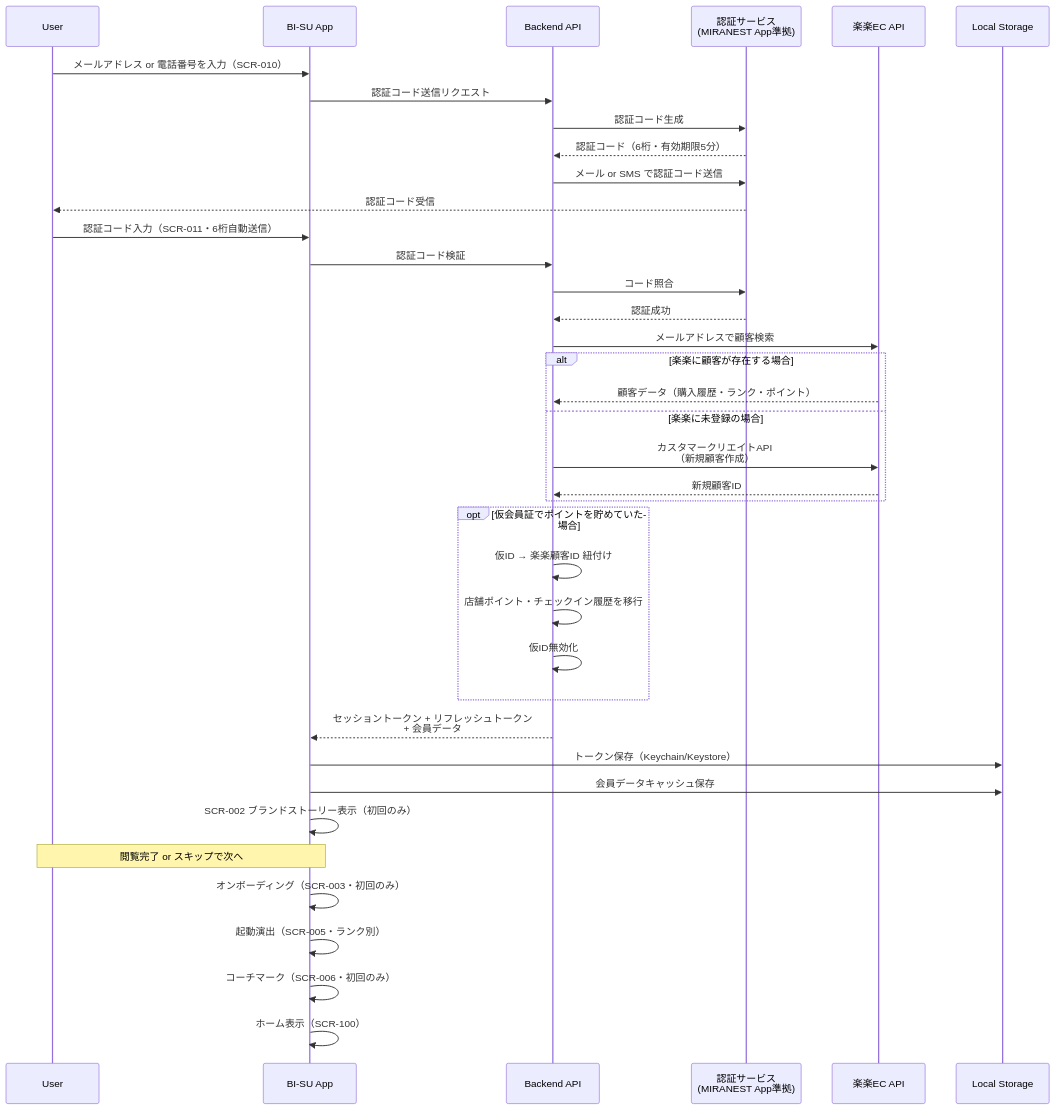
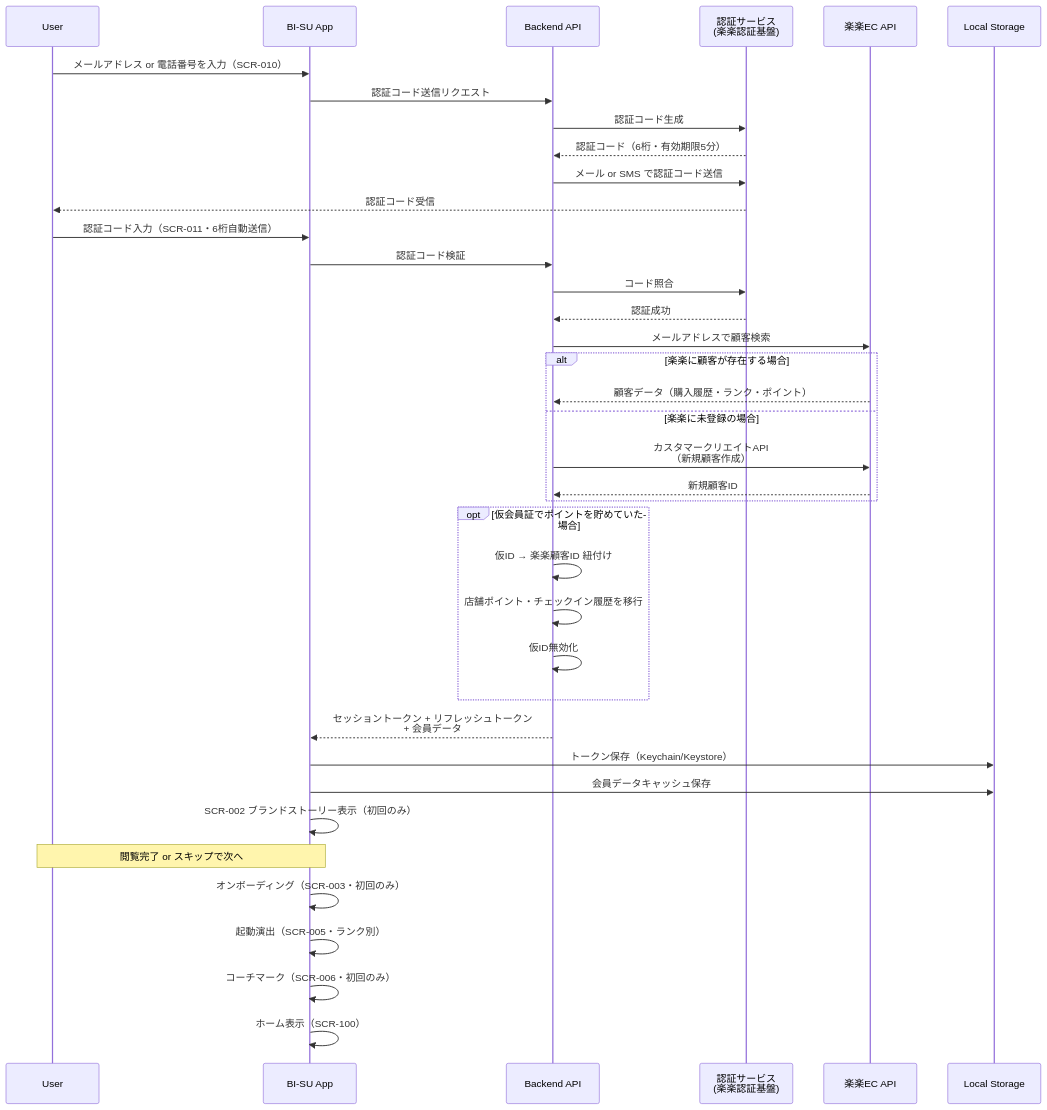
One commit to YukaHasebe/bi-su-app changed the second of 24 diagrams in docs/05_シーケンス図.md. Above: the diagram before and after it, drawn with Mermaid. The commit also changed other lines of this file and 7 other files, not shown here.

````diff
--- a/docs/05_シーケンス図.md
+++ b/docs/05_シーケンス図.md
@@ -39,46 +39,46 @@
 ```mermaid
 sequenceDiagram
     participant U as User
     participant App as BI-SU App
     participant API as Backend API
-    participant Auth as 認証サービス<br/>(MIRANEST App準拠)
+    participant Auth as 認証サービス<br/>(楽楽認証基盤)
     participant REC as 楽楽EC API
     participant LS as Local Storage
 
     U->>App: メールアドレス or 電話番号を入力（SCR-010）
     App->>API: 認証コード送信リクエスト
     API->>Auth: 認証コード生成
     Auth-->>API: 認証コード（6桁・有効期限5分）
     API->>Auth: メール or SMS で認証コード送信
     Auth-->>U: 認証コード受信
 
     U->>App: 認証コード入力（SCR-011・6桁自動送信）
     App->>API: 認証コード検証
     API->>Auth: コード照合
     Auth-->>API: 認証成功
 
     API->>REC: メールアドレスで顧客検索
     alt 楽楽に顧客が存在する場合
         REC-->>API: 顧客データ（購入履歴・ランク・ポイント）
     else 楽楽に未登録の場合
         API->>REC: カスタマークリエイトAPI<br/>（新規顧客作成）
         REC-->>API: 新規顧客ID
     end
 
     opt 仮会員証でポイントを貯めていた場合
         API->>API: 仮ID → 楽楽顧客ID 紐付け
         API->>API: 店舗ポイント・チェックイン履歴を移行
         API->>API: 仮ID無効化
     end
 
     API-->>App: セッショントークン + リフレッシュトークン<br/>+ 会員データ
     App->>LS: トークン保存（Keychain/Keystore）
     App->>LS: 会員データキャッシュ保存
 
     App->>App: SCR-002 ブランドストーリー表示（初回のみ）
     Note over U,App: 閲覧完了 or スキップで次へ
     App->>App: オンボーディング（SCR-003・初回のみ）
     App->>App: 起動演出（SCR-005・ランク別）
     App->>App: コーチマーク（SCR-006・初回のみ）
     App->>App: ホーム表示（SCR-100）
 ```
````
